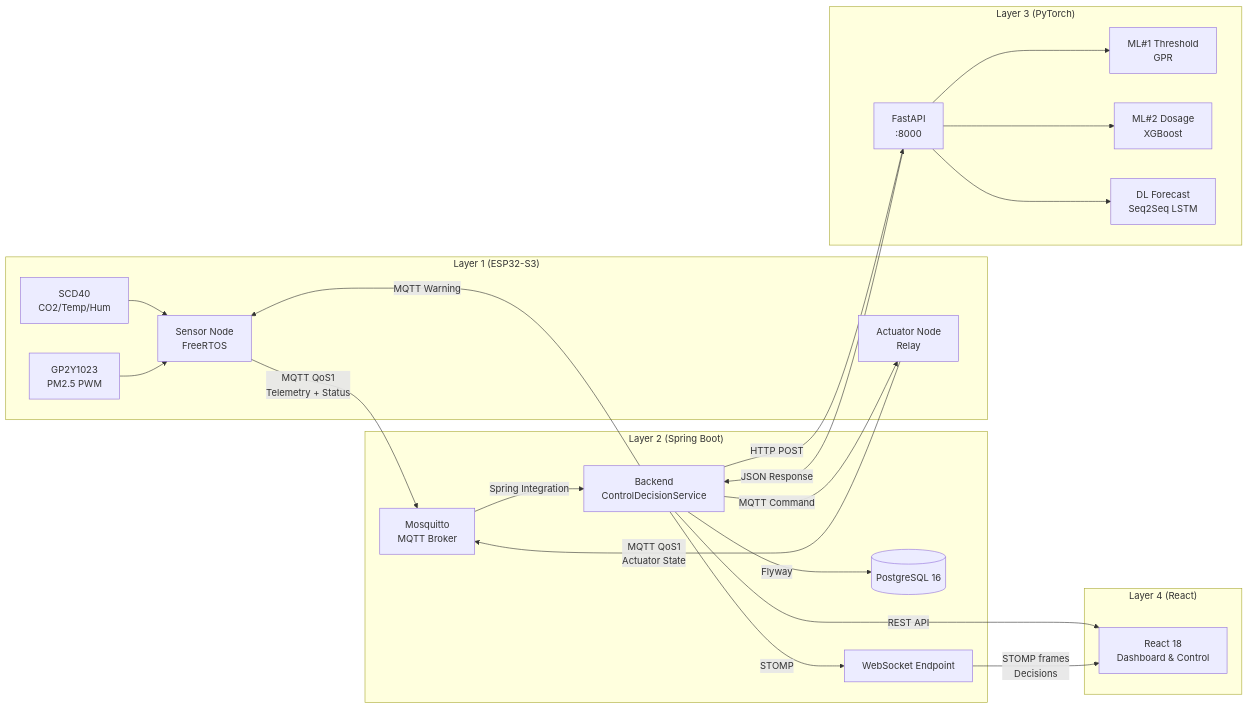
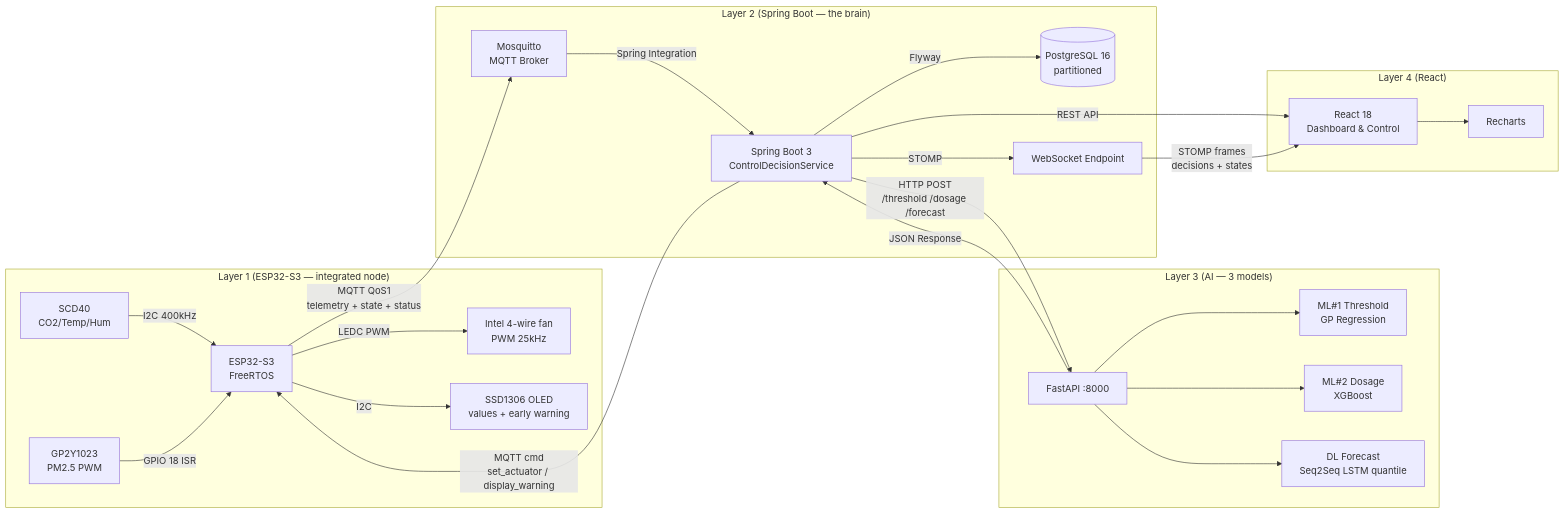
The diagram in docs/io_contract.md (huynhhoang04/AirQualitySupervisionSystem), drawn with Mermaid before and after one commit. The commit also changed other lines of this file and 20 other files, not shown here.

````diff
--- a/docs/io_contract.md
+++ b/docs/io_contract.md
@@ -450,43 +544,46 @@
 ```mermaid
 graph LR
-    subgraph "Layer 1 (ESP32-S3)"
+    subgraph "Layer 1 (ESP32-S3 — integrated node)"
         S1[SCD40<br>CO2/Temp/Hum]
         S2[GP2Y1023<br>PM2.5 PWM]
-        MCU[Sensor Node<br>FreeRTOS]
-        ACT[Actuator Node<br>Relay]
-        S1 --> MCU
-        S2 --> MCU
+        FAN[Intel 4-wire fan<br>PWM 25kHz]
+        OLED[SSD1306 OLED<br>values + early warning]
+        MCU[ESP32-S3<br>FreeRTOS]
+        S1 -->|I2C 400kHz| MCU
+        S2 -->|GPIO 18 ISR| MCU
+        MCU -->|LEDC PWM| FAN
+        MCU -->|I2C| OLED
     end
 
-    subgraph "Layer 2 (Spring Boot)"
+    subgraph "Layer 2 (Spring Boot — the brain)"
         MQTT[Mosquitto<br>MQTT Broker]
-        SB[Backend<br>ControlDecisionService]
-        DB[(PostgreSQL 16)]
+        SB[Spring Boot 3<br>ControlDecisionService]
+        DB[(PostgreSQL 16<br>partitioned)]
         SB -->|Flyway| DB
         SB -->|STOMP| WS[WebSocket Endpoint]
     end
 
-    subgraph "Layer 3 (PyTorch)"
-        FA[FastAPI<br>:8000]
-        M1[ML#1 Threshold<br>GPR]
+    subgraph "Layer 3 (AI — 3 models)"
+        FA[FastAPI :8000]
+        M1[ML#1 Threshold<br>GP Regression]
         M2[ML#2 Dosage<br>XGBoost]
-        M3[DL Forecast<br>Seq2Seq LSTM]
+        M3[DL Forecast<br>Seq2Seq LSTM quantile]
         FA --> M1
         FA --> M2
         FA --> M3
     end
 
     subgraph "Layer 4 (React)"
         FE[React 18<br>Dashboard & Control]
+        RC[Recharts]
+        FE --> RC
     end
 
-    MCU -->|MQTT QoS1<br>Telemetry + Status| MQTT
-    ACT -->|MQTT QoS1<br>Actuator State| MQTT
+    MCU -->|MQTT QoS1<br>telemetry + state + status| MQTT
     MQTT -->|Spring Integration| SB
-    SB -->|HTTP POST| FA
+    SB -->|HTTP POST<br>/threshold /dosage /forecast| FA
     FA -->|JSON Response| SB
-    SB -->|MQTT Command| ACT
-    SB -->|MQTT Warning| MCU
+    SB -->|MQTT cmd<br>set_actuator / display_warning| MCU
     SB -->|REST API| FE
-    WS -->|STOMP frames<br>Decisions| FE
+    WS -->|STOMP frames<br>decisions + states| FE
 ```
````
